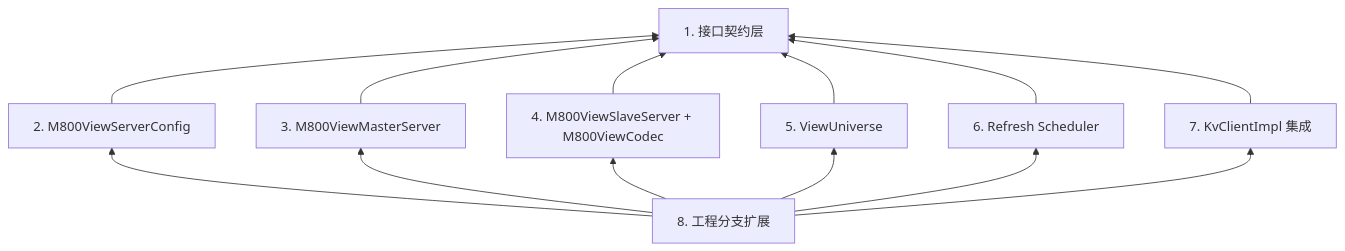
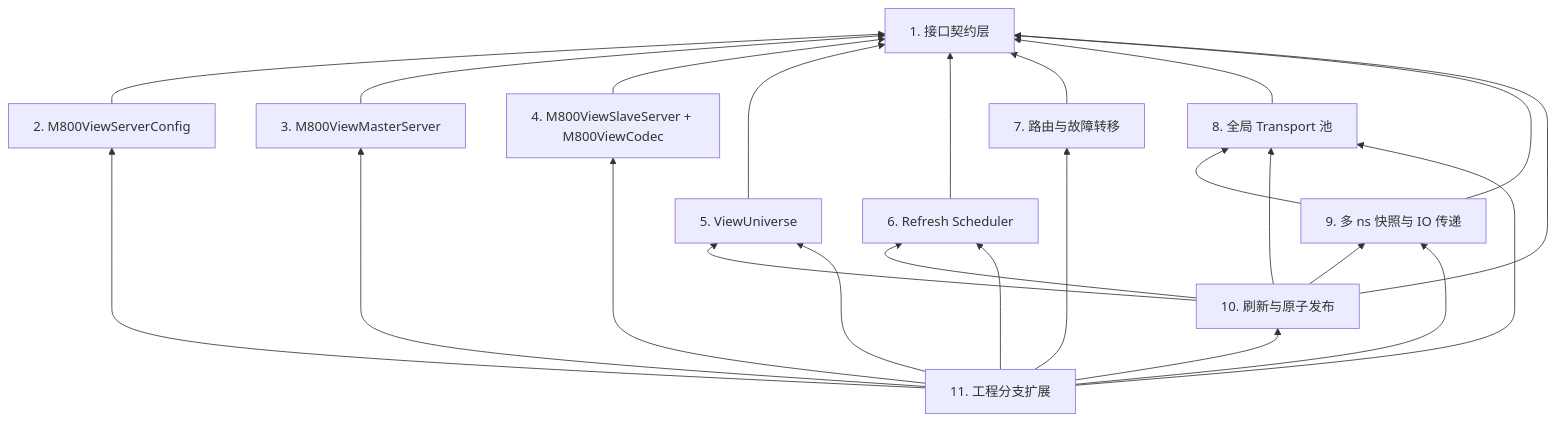
Before and after one commit to Dier-SZ/unified-cache-management: diagram 15 of 15 in kv_semantics/docs/m800-view-management-design.md, drawn with Mermaid. The commit also changed other lines of this file, not shown here.

Commit message:
[Docs] Split M800 KvClient implementation shards

````diff
--- a/kv_semantics/docs/m800-view-management-design.md
+++ b/kv_semantics/docs/m800-view-management-design.md
@@ -1584,24 +1587,38 @@
 ```mermaid
 flowchart BT
     C1["1. 接口契约层"]
     C2["2. M800ViewServerConfig"]
     C3["3. M800ViewMasterServer"]
     C4["4. M800ViewSlaveServer + M800ViewCodec"]
     C5["5. ViewUniverse"]
     C6["6. Refresh Scheduler"]
-    C7["7. KvClientImpl 集成"]
-    C8["8. 工程分支扩展"]
+    C7["7. 路由与故障转移"]
+    C8["8. 全局 Transport 池"]
+    C9["9. 多 ns 快照与 IO 传递"]
+    C10["10. 刷新与原子发布"]
+    C11["11. 工程分支扩展"]
 
     C2 --> C1
     C3 --> C1
     C4 --> C1
     C5 --> C1
     C6 --> C1
     C7 --> C1
-    C8 --> C2
-    C8 --> C3
-    C8 --> C4
-    C8 --> C5
-    C8 --> C6
-    C8 --> C7
+    C8 --> C1
+    C9 --> C1
+    C9 --> C8
+    C10 --> C1
+    C10 --> C5
+    C10 --> C6
+    C10 --> C8
+    C10 --> C9
+    C11 --> C2
+    C11 --> C3
+    C11 --> C4
+    C11 --> C5
+    C11 --> C6
+    C11 --> C7
+    C11 --> C8
+    C11 --> C9
+    C11 --> C10
 ```
````
